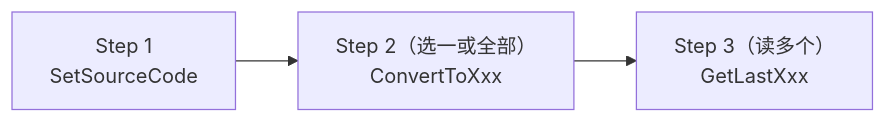
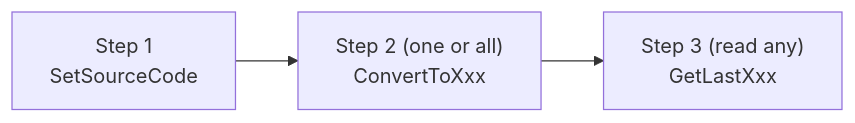
The fifth of 6 diagrams in src/pascal_c_to_abi/code_decl_to_abi_OPERATIONS.md (PassByYou888/LingoFuse-Tools), drawn with Mermaid before and after one commit. The commit also changed other lines of this file, not shown here.

````diff
--- a/src/pascal_c_to_abi/code_decl_to_abi_OPERATIONS.md
+++ b/src/pascal_c_to_abi/code_decl_to_abi_OPERATIONS.md
@@ -865,5 +880,5 @@
 ```mermaid
 flowchart LR
-    S1["Step 1<br/>SetSourceCode"] --> S2["Step 2（选一或全部）<br/>ConvertToXxx"]
-    S2 --> S3["Step 3（读多个）<br/>GetLastXxx"]
+    S1["Step 1<br/>SetSourceCode"] --> S2["Step 2 (one or all)<br/>ConvertToXxx"]
+    S2 --> S3["Step 3 (read any)<br/>GetLastXxx"]
 ```
````
